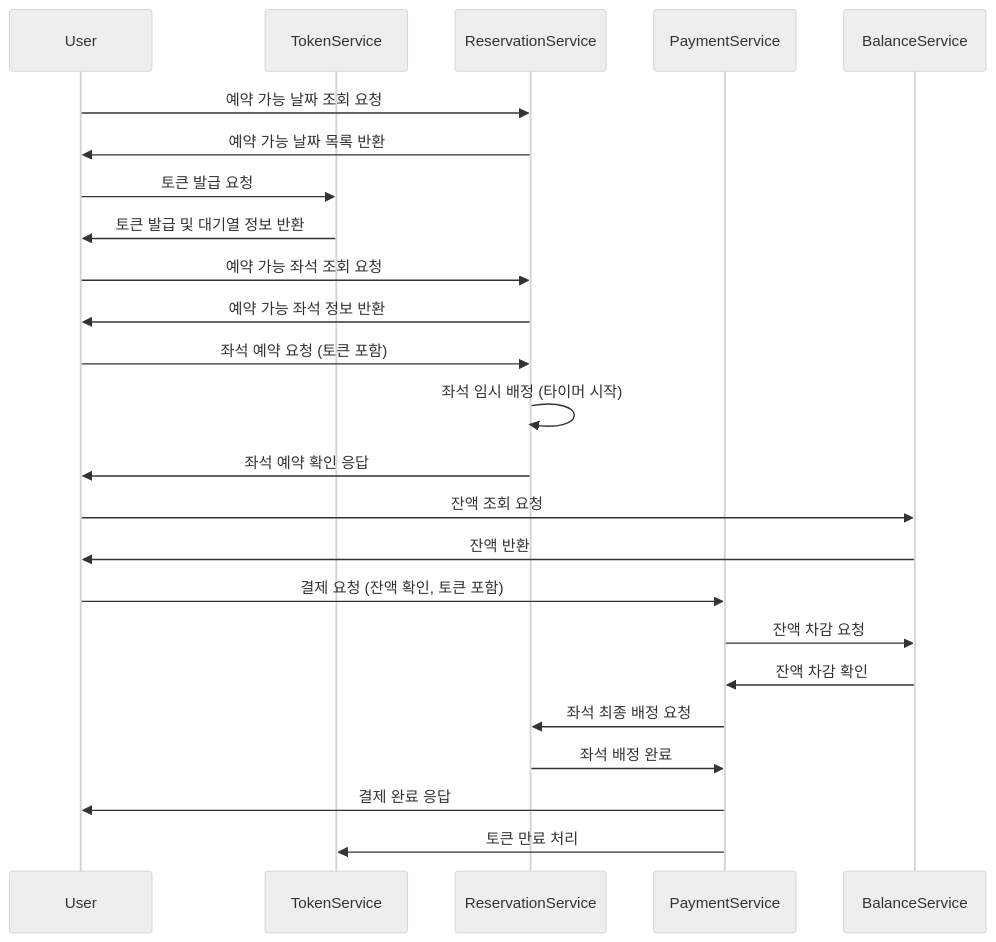
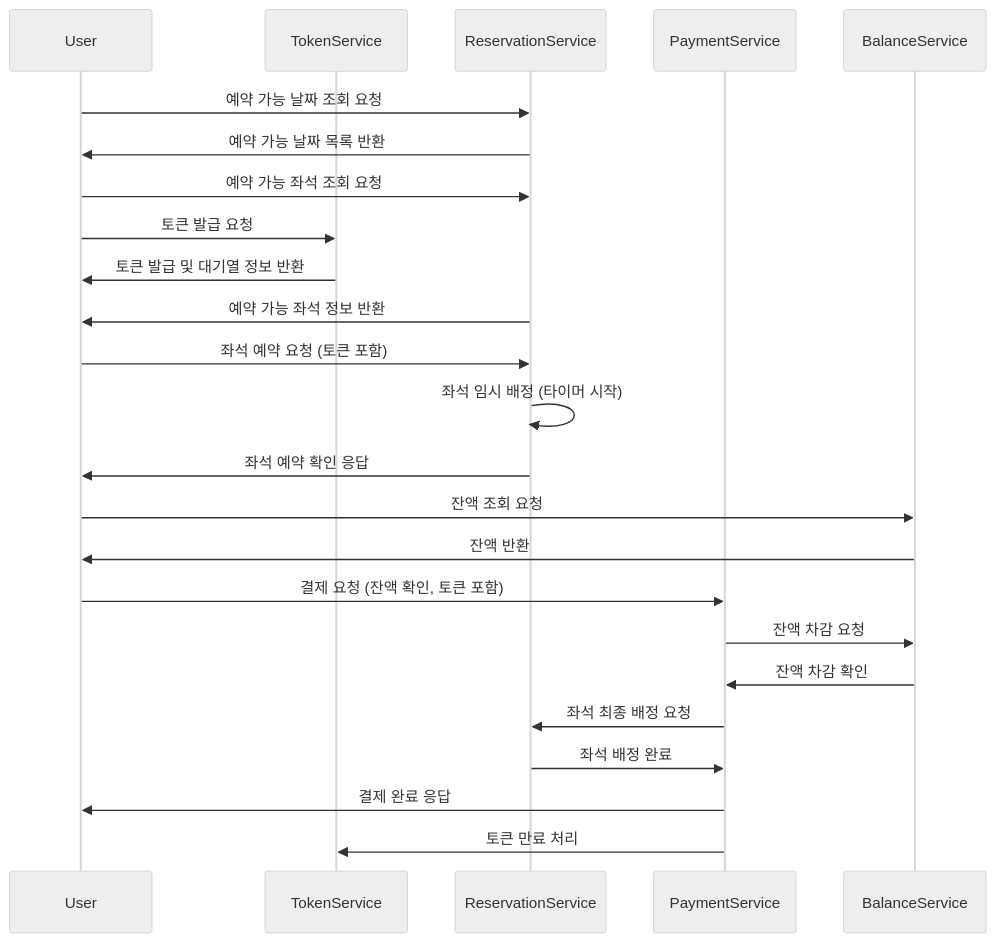
The first of 3 diagrams in README.md (fatallinverno/hhplus-concert-reservation), drawn with Mermaid (neutral theme) before and after one commit.

Commit message:
시퀀스 다이어그램 작성

````diff
--- a/README.md
+++ b/README.md
@@ -2,33 +2,32 @@
 ```mermaid
 sequenceDiagram
     participant User
     participant TokenService
     participant ReservationService
     participant PaymentService
     participant BalanceService
 
     User ->> ReservationService: 예약 가능 날짜 조회 요청
     ReservationService ->> User: 예약 가능 날짜 목록 반환
     
+    User ->> ReservationService: 예약 가능 좌석 조회 요청
     User ->> TokenService: 토큰 발급 요청
     TokenService ->> User: 토큰 발급 및 대기열 정보 반환
-
-    User ->> ReservationService: 예약 가능 좌석 조회 요청
     ReservationService ->> User: 예약 가능 좌석 정보 반환
 
     User ->> ReservationService: 좌석 예약 요청 (토큰 포함)
     
     ReservationService ->> ReservationService: 좌석 임시 배정 (타이머 시작)
     ReservationService ->> User: 좌석 예약 확인 응답
 
     User ->> BalanceService: 잔액 조회 요청
     BalanceService ->> User: 잔액 반환
 
     User ->> PaymentService: 결제 요청 (잔액 확인, 토큰 포함)
     PaymentService ->> BalanceService: 잔액 차감 요청
     BalanceService ->> PaymentService: 잔액 차감 확인
     PaymentService ->> ReservationService: 좌석 최종 배정 요청
     ReservationService ->> PaymentService: 좌석 배정 완료
     PaymentService ->> User: 결제 완료 응답
     PaymentService ->> TokenService: 토큰 만료 처리
 ```
````
